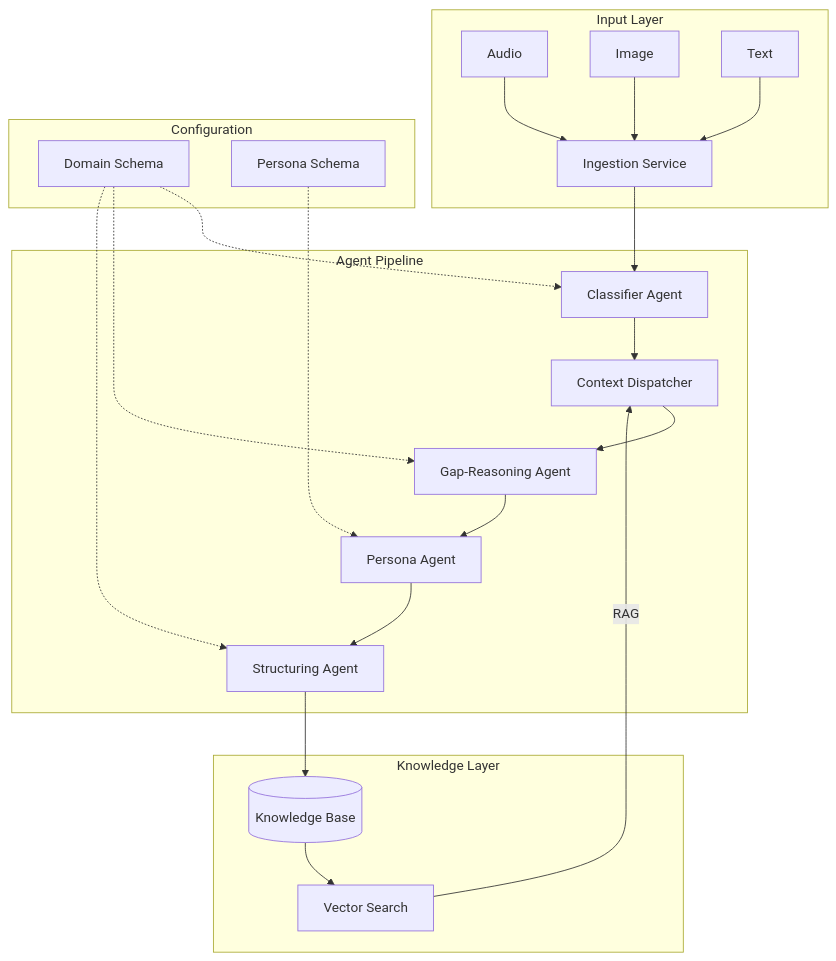
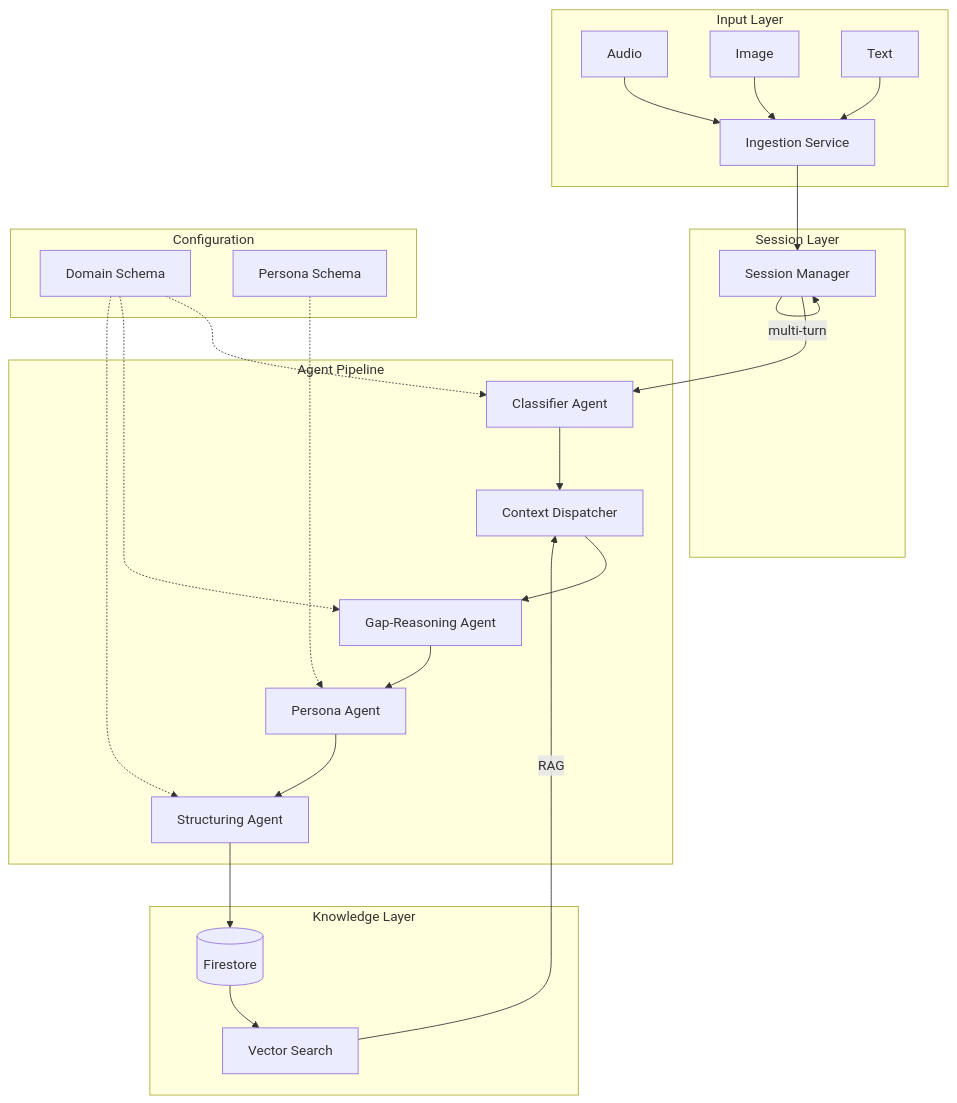
One commit to mulkatz/mycel changed the first of 4 diagrams in docs/architecture.md. Above: the diagram before and after it, drawn with Mermaid. The commit also changed other lines of this file, not shown here.

First line of the commit message:
docs: update architecture with sessions, persistence, and adaptive schema

````diff
--- a/docs/architecture.md
+++ b/docs/architecture.md
@@ -5,29 +5,34 @@
 ```mermaid
 graph TB
     subgraph Input Layer
         A1[Audio] --> ING[Ingestion Service]
         A2[Image] --> ING
         A3[Text] --> ING
     end
 
+    subgraph Session Layer
+        ING --> SM[Session Manager]
+        SM -->|multi-turn| SM
+    end
+
     subgraph Agent Pipeline
-        ING --> CLS[Classifier Agent]
+        SM --> CLS[Classifier Agent]
         CLS --> CTX[Context Dispatcher]
         CTX --> GAP[Gap-Reasoning Agent]
         GAP --> PER[Persona Agent]
         PER --> STR[Structuring Agent]
     end
 
     subgraph Knowledge Layer
-        STR --> KB[(Knowledge Base)]
+        STR --> KB[(Firestore)]
         KB --> VS[Vector Search]
         VS -->|RAG| CTX
     end
 
     subgraph Configuration
         DOM[Domain Schema] -.-> CLS
         DOM -.-> GAP
         DOM -.-> STR
         PSN[Persona Schema] -.-> PER
     end
 ```
````
